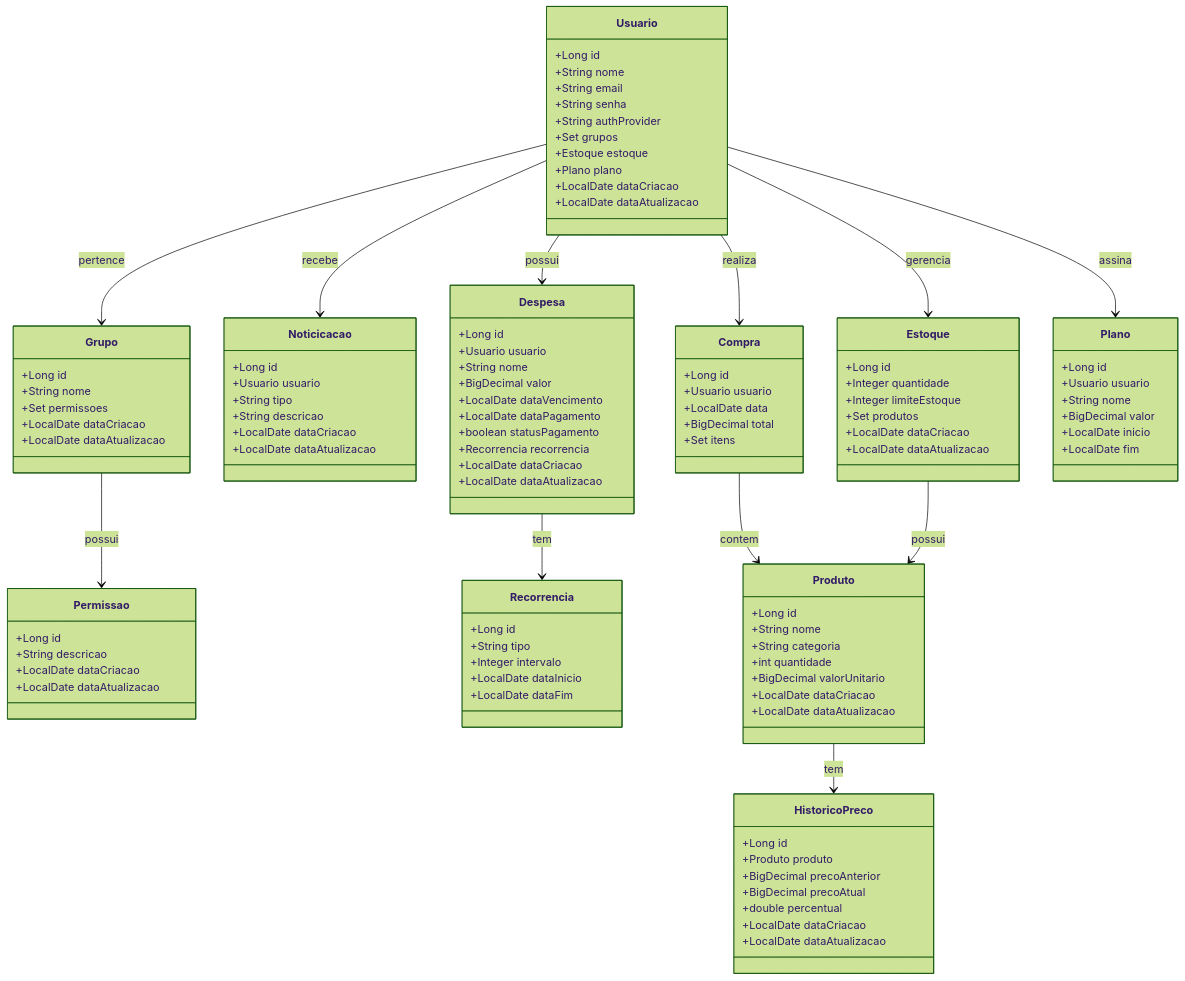
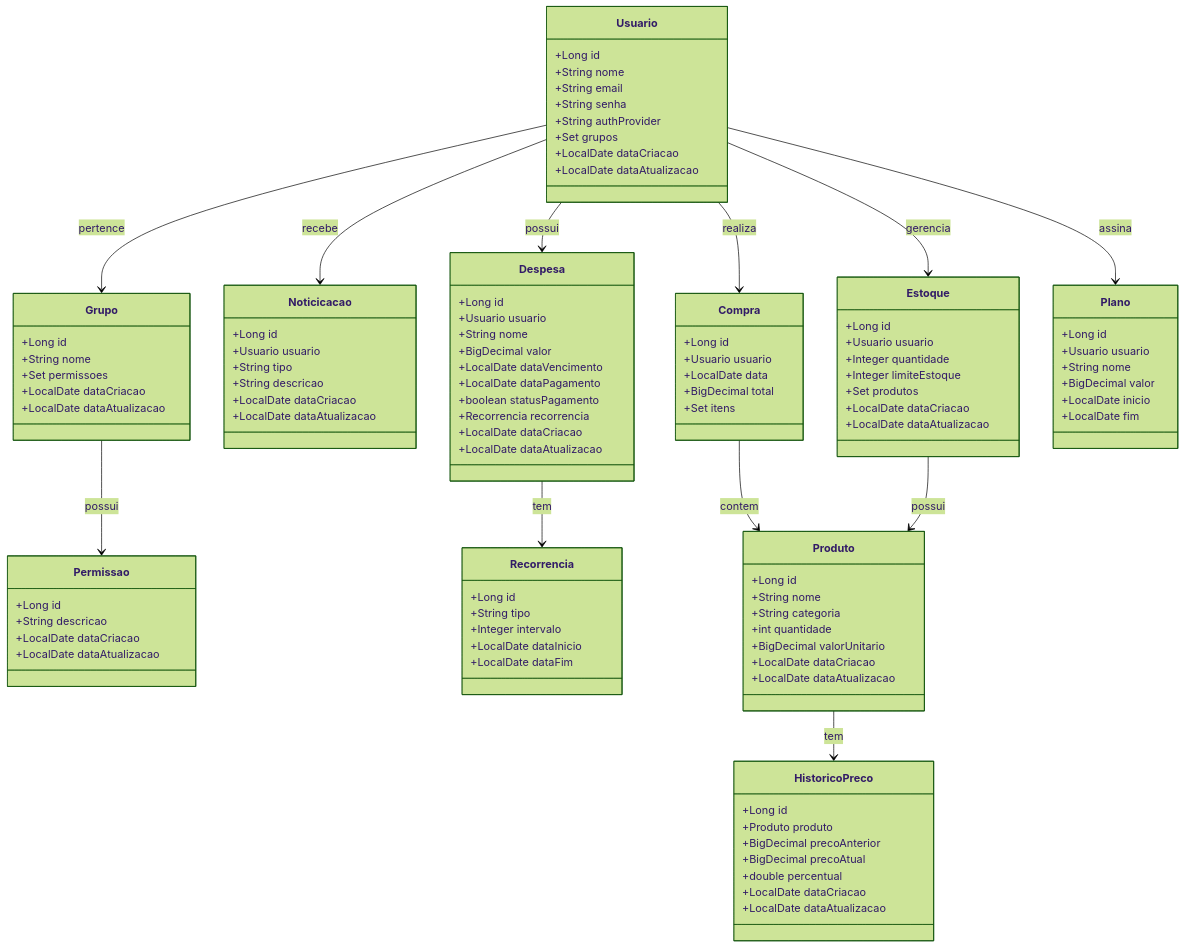
Before and after one commit to amilton-sys/gerenciar: the second of 8 diagrams in README.md, drawn with Mermaid (forest theme).

Commit message:
refact: ajusta readme

```diff
--- a/README.md
+++ b/README.md
@@ -105,8 +105,6 @@
       +String senha
       +String authProvider
       +Set<Grupo> grupos
-      +Estoque estoque
-      +Plano plano
       +LocalDate dataCriacao
       +LocalDate dataAtualizacao
    }
@@ -176,6 +174,7 @@
 
    class Estoque {
       +Long id
+      +Usuario usuario
       +Integer quantidade
       +Integer limiteEstoque
       +Set<Produto> produtos
```
